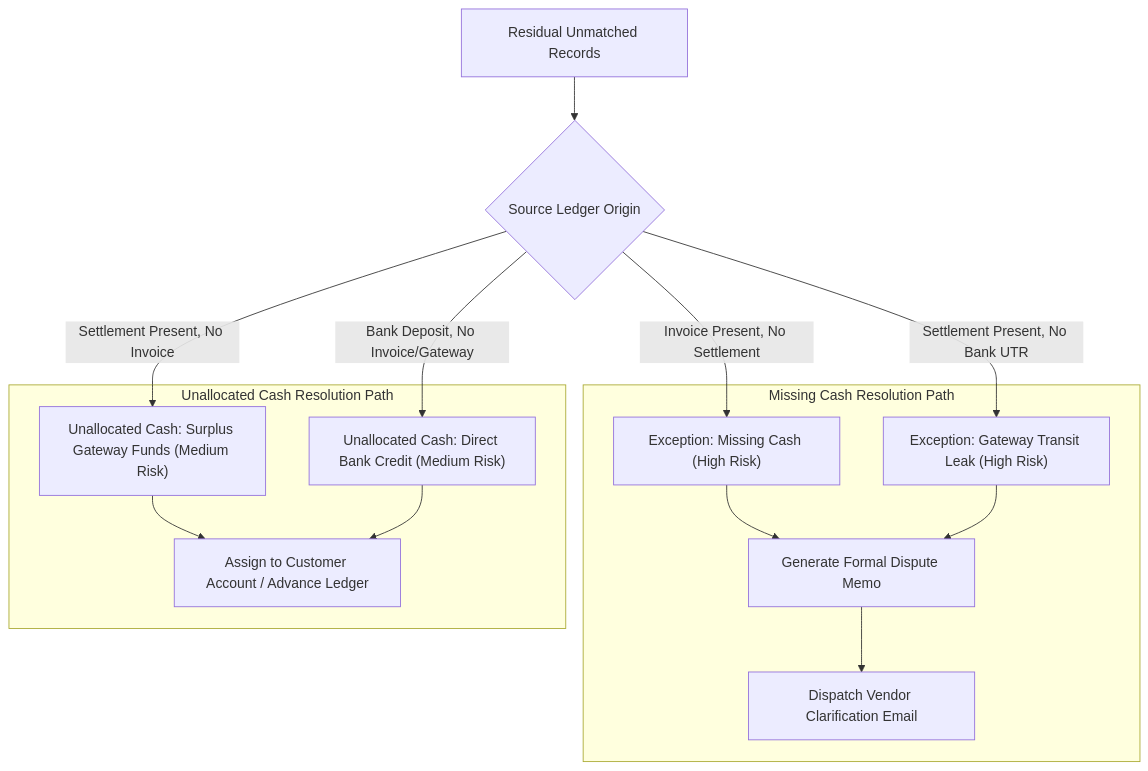
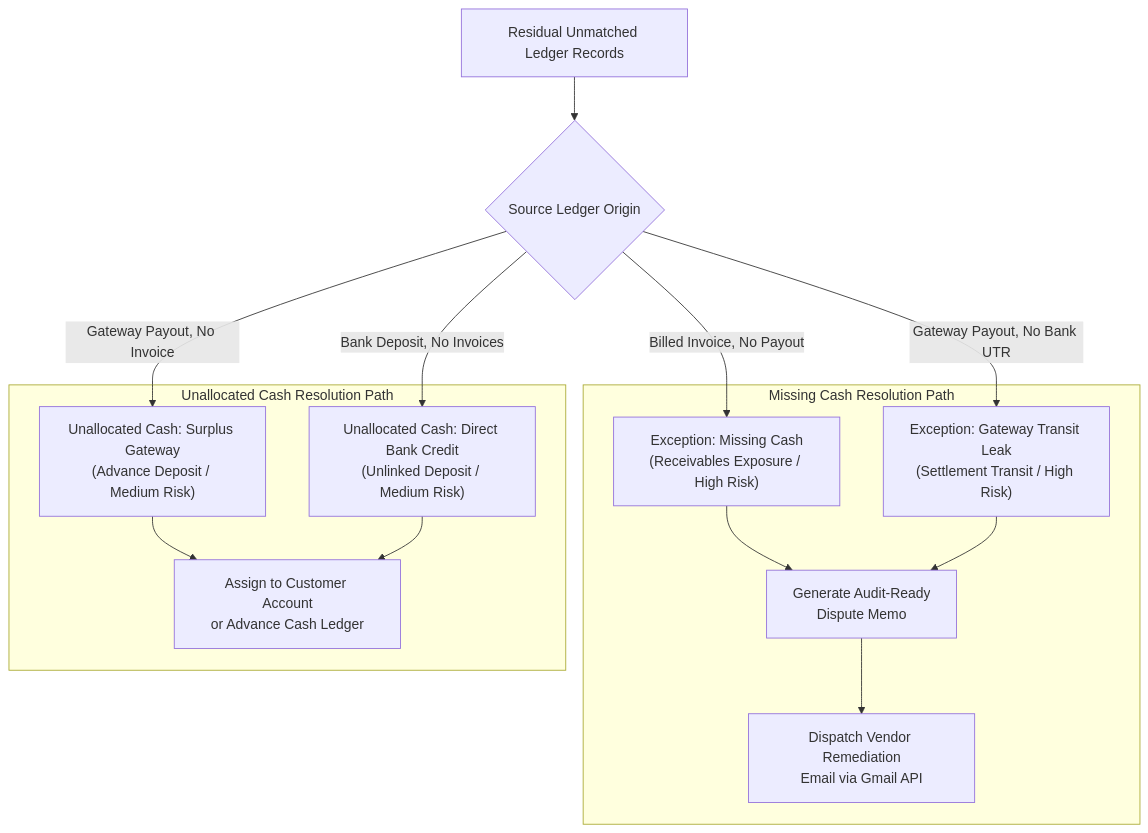
Before and after one commit to harissh-k06/Razorpay_Buildathon: the fourth of 9 diagrams in ARCHITECTURE.md, drawn with Mermaid. The commit also changed other lines of this file, not shown here.

````diff
--- a/ARCHITECTURE.md
+++ b/ARCHITECTURE.md
@@ -295,20 +295,20 @@
 ```mermaid
 flowchart TD
-    UnmatchedPool["Residual Unmatched Records"] --> TypeCheck{"Source Ledger Origin"}
+    UnmatchedPool["Residual Unmatched Ledger Records"] --> TypeCheck{"Source Ledger Origin"}
     
-    TypeCheck -- "Invoice Present, No Settlement" --> ExpMissing["Exception: Missing Cash (High Risk)"]
-    TypeCheck -- "Settlement Present, No Bank UTR" --> ExpGateway["Exception: Gateway Transit Leak (High Risk)"]
-    TypeCheck -- "Settlement Present, No Invoice" --> UnallocRzp["Unallocated Cash: Surplus Gateway Funds (Medium Risk)"]
-    TypeCheck -- "Bank Deposit, No Invoice/Gateway" --> UnallocBank["Unallocated Cash: Direct Bank Credit (Medium Risk)"]
+    TypeCheck -- "Billed Invoice, No Payout" --> ExpMissing["Exception: Missing Cash<br/>(Receivables Exposure / High Risk)"]
+    TypeCheck -- "Gateway Payout, No Bank UTR" --> ExpGateway["Exception: Gateway Transit Leak<br/>(Settlement Transit / High Risk)"]
+    TypeCheck -- "Gateway Payout, No Invoice" --> UnallocRzp["Unallocated Cash: Surplus Gateway<br/>(Advance Deposit / Medium Risk)"]
+    TypeCheck -- "Bank Deposit, No Invoices" --> UnallocBank["Unallocated Cash: Direct Bank Credit<br/>(Unlinked Deposit / Medium Risk)"]
 
     subgraph ActionsMissing["Missing Cash Resolution Path"]
-        ExpMissing --> ActMemo["Generate Formal Dispute Memo"]
+        ExpMissing --> ActMemo["Generate Audit-Ready<br/>Dispute Memo"]
         ExpGateway --> ActMemo
-        ActMemo --> ActEmail["Dispatch Vendor Clarification Email"]
+        ActMemo --> ActEmail["Dispatch Vendor Remediation<br/>Email via Gmail API"]
     end
 
     subgraph ActionsUnalloc["Unallocated Cash Resolution Path"]
-        UnallocRzp --> ActReassign["Assign to Customer Account / Advance Ledger"]
+        UnallocRzp --> ActReassign["Assign to Customer Account<br/>or Advance Cash Ledger"]
         UnallocBank --> ActReassign
     end
 ```
````
